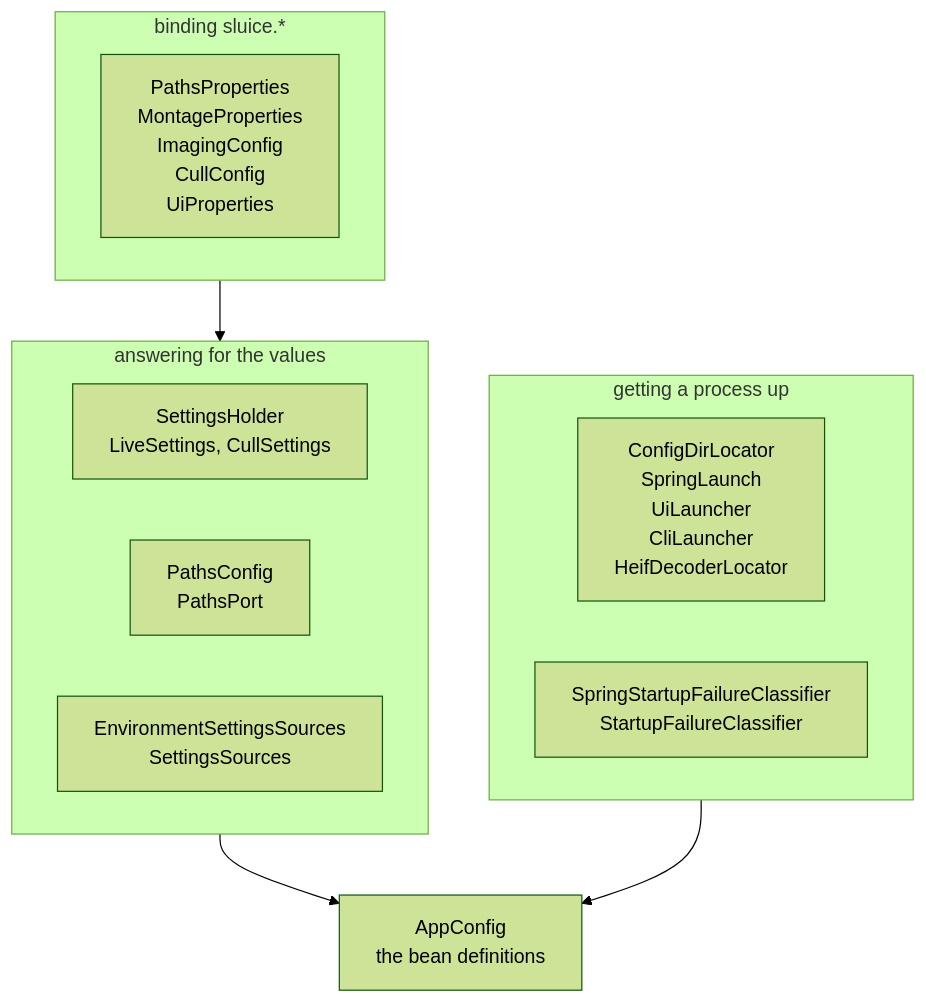
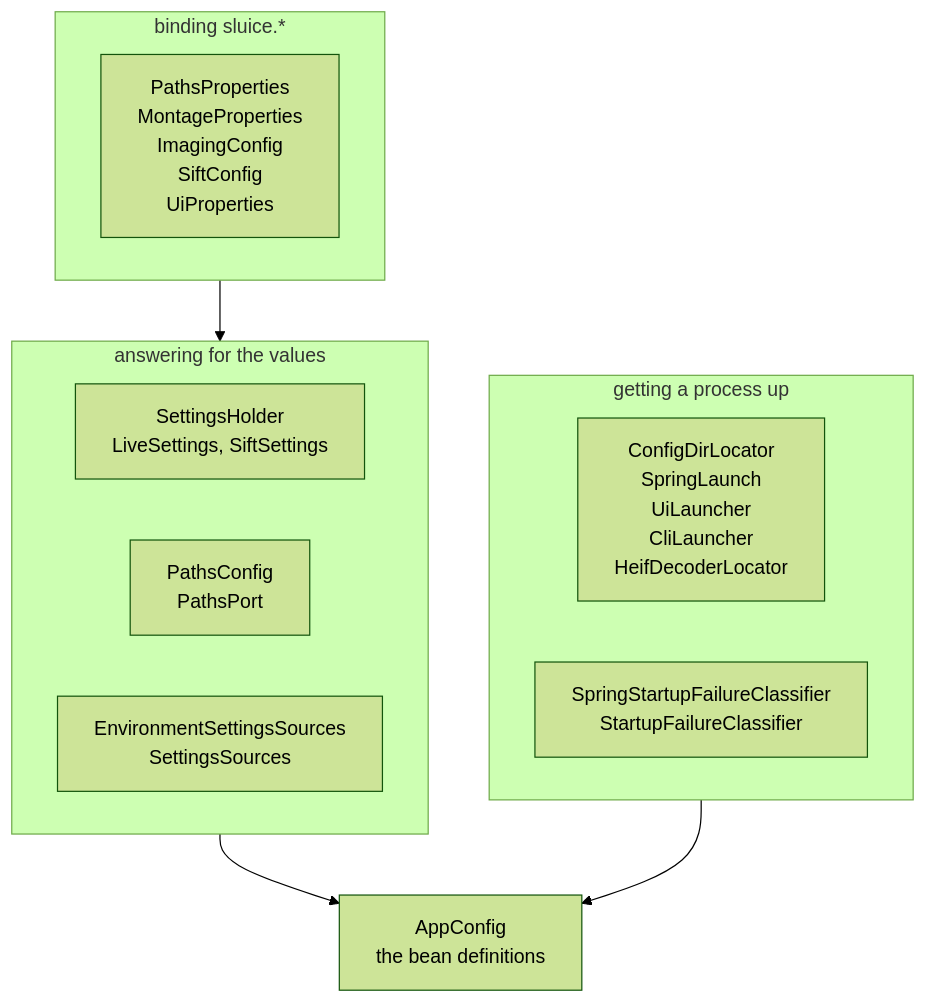
One commit to AdrianNachev91/sluice changed diagram 13 of 14 in app/docs/design/architecture.md. Above: the diagram before and after it, drawn with Mermaid (forest theme). The commit also changed other lines of this file and 379 other files, not shown here.

First line of the commit message:
refactor(sift): cull becomes sift, and the vision port becomes a sieve

````diff
--- a/app/docs/design/architecture.md
+++ b/app/docs/design/architecture.md
@@ -504,23 +507,23 @@
 ```mermaid
 flowchart TB
     subgraph bind[" binding sluice.* "]
-        B["PathsProperties<br/>MontageProperties<br/>ImagingConfig<br/>CullConfig<br/>UiProperties"]
+        B["PathsProperties<br/>MontageProperties<br/>ImagingConfig<br/>SiftConfig<br/>UiProperties"]
     end
 
     subgraph serve[" answering for the values "]
-        HOLDER["SettingsHolder<br/>LiveSettings, CullSettings"]
+        HOLDER["SettingsHolder<br/>LiveSettings, SiftSettings"]
         PATHSC["PathsConfig<br/>PathsPort"]
         ENVS["EnvironmentSettingsSources<br/>SettingsSources"]
     end
 
     subgraph boot[" getting a process up "]
         BT["ConfigDirLocator<br/>SpringLaunch<br/>UiLauncher<br/>CliLauncher<br/>HeifDecoderLocator"]
         CLASSIFY["SpringStartupFailureClassifier<br/>StartupFailureClassifier"]
     end
 
     APP["AppConfig<br/>the bean definitions"]
 
     bind --> serve
     serve --> APP
     boot --> APP
 ```
````
